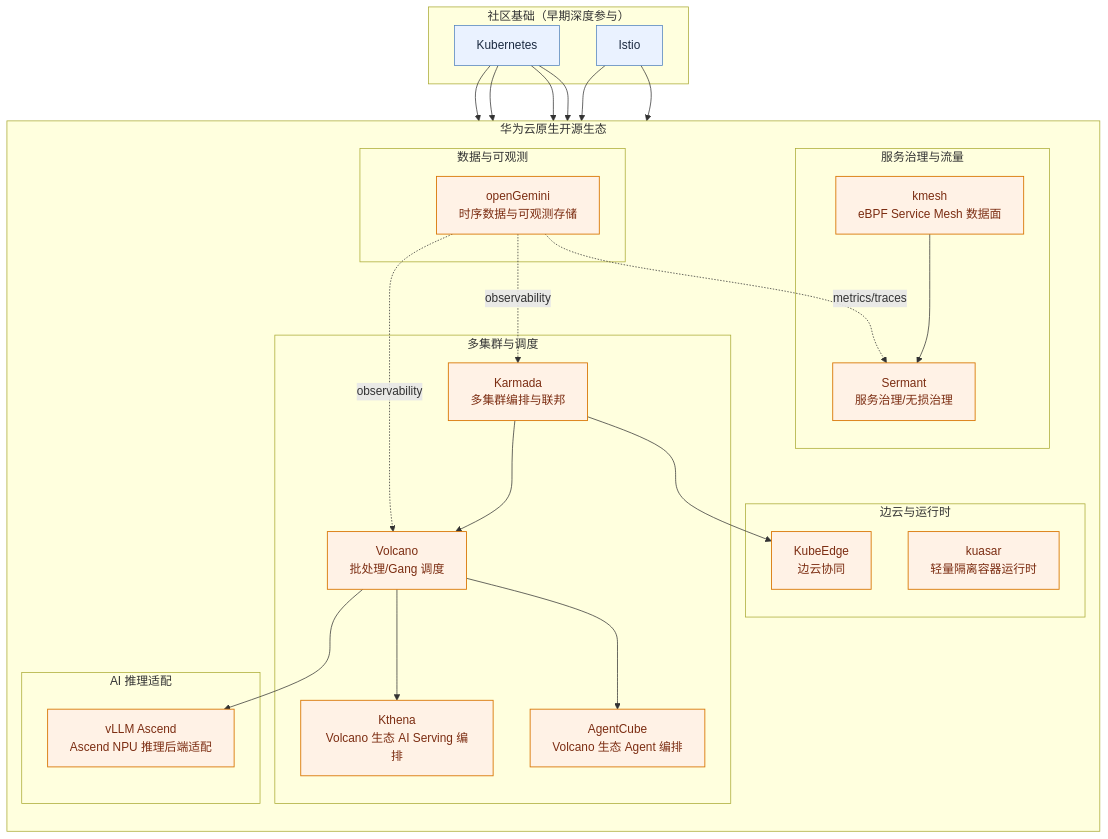
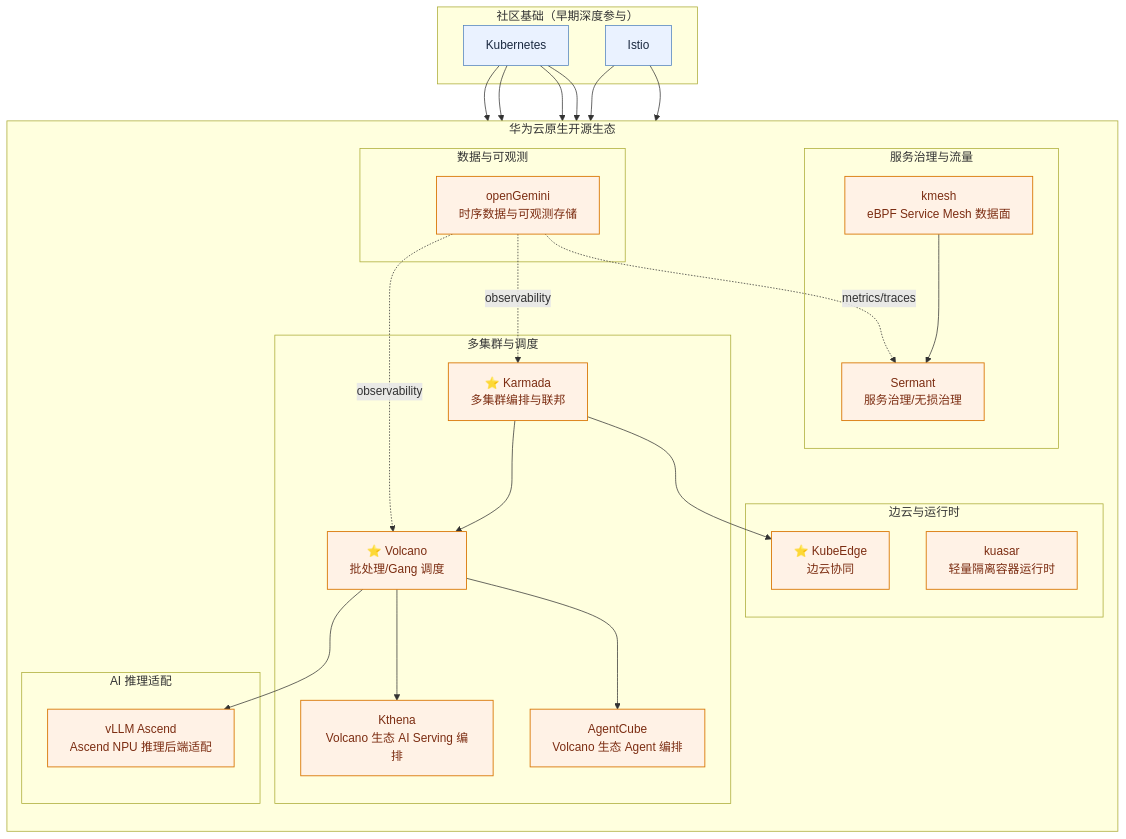
The diagram in case-study/huawei.md (pacoxu/AI-Infra), drawn with Mermaid before and after one commit. The commit also changed other lines of this file, not shown here.

Commit message:
docs(case-study): star huawei triad projects in ecosystem diagram

````diff
--- a/case-study/huawei.md
+++ b/case-study/huawei.md
@@ -19,60 +21,60 @@
 ```mermaid
 flowchart TB
   subgraph Foundation["社区基础（早期深度参与）"]
     K8S["Kubernetes"]
     ISTIO["Istio"]
   end
 
   subgraph HuaweiEco["华为云原生开源生态"]
     direction TB
 
     subgraph MC["多集群与调度"]
-      KARMADA["Karmada<br/>多集群编排与联邦"]
-      VOLCANO["Volcano<br/>批处理/Gang 调度"]
+      KARMADA["⭐ Karmada<br/>多集群编排与联邦"]
+      VOLCANO["⭐ Volcano<br/>批处理/Gang 调度"]
       KTHENA["Kthena<br/>Volcano 生态 AI Serving 编排"]
       AGENTCUBE["AgentCube<br/>Volcano 生态 Agent 编排"]
     end
 
     subgraph ER["边云与运行时"]
-      KUBEEDGE["KubeEdge<br/>边云协同"]
+      KUBEEDGE["⭐ KubeEdge<br/>边云协同"]
       KUASAR["kuasar<br/>轻量隔离容器运行时"]
     end
 
     subgraph SG["服务治理与流量"]
       KMESH["kmesh<br/>eBPF Service Mesh 数据面"]
       SERMANT["Sermant<br/>服务治理/无损治理"]
     end
 
     subgraph DO["数据与可观测"]
       OPENG["openGemini<br/>时序数据与可观测存储"]
     end
 
     subgraph AI["AI 推理适配"]
       VLLMA["vLLM Ascend<br/>Ascend NPU 推理后端适配"]
     end
   end
 
   K8S --> KARMADA
   K8S --> VOLCANO
   K8S --> KUBEEDGE
   K8S --> KUASAR
   ISTIO --> KMESH
   ISTIO --> SERMANT
 
   VOLCANO --> KTHENA
   VOLCANO --> AGENTCUBE
   KARMADA --> VOLCANO
   KARMADA --> KUBEEDGE
 
   VOLCANO --> VLLMA
   KMESH --> SERMANT
   OPENG -. metrics/traces .-> SERMANT
   OPENG -. observability .-> KARMADA
   OPENG -. observability .-> VOLCANO
 
   classDef foundation fill:#eaf2ff,stroke:#4f81bd,color:#1b2a41,stroke-width:1px;
   classDef huawei fill:#fff2e6,stroke:#d97706,color:#7c2d12,stroke-width:1.2px;
 
   class K8S,ISTIO foundation;
   class KARMADA,VOLCANO,KTHENA,AGENTCUBE,KUBEEDGE,KUASAR,KMESH,SERMANT,OPENG,VLLMA huawei;
 ```
````
